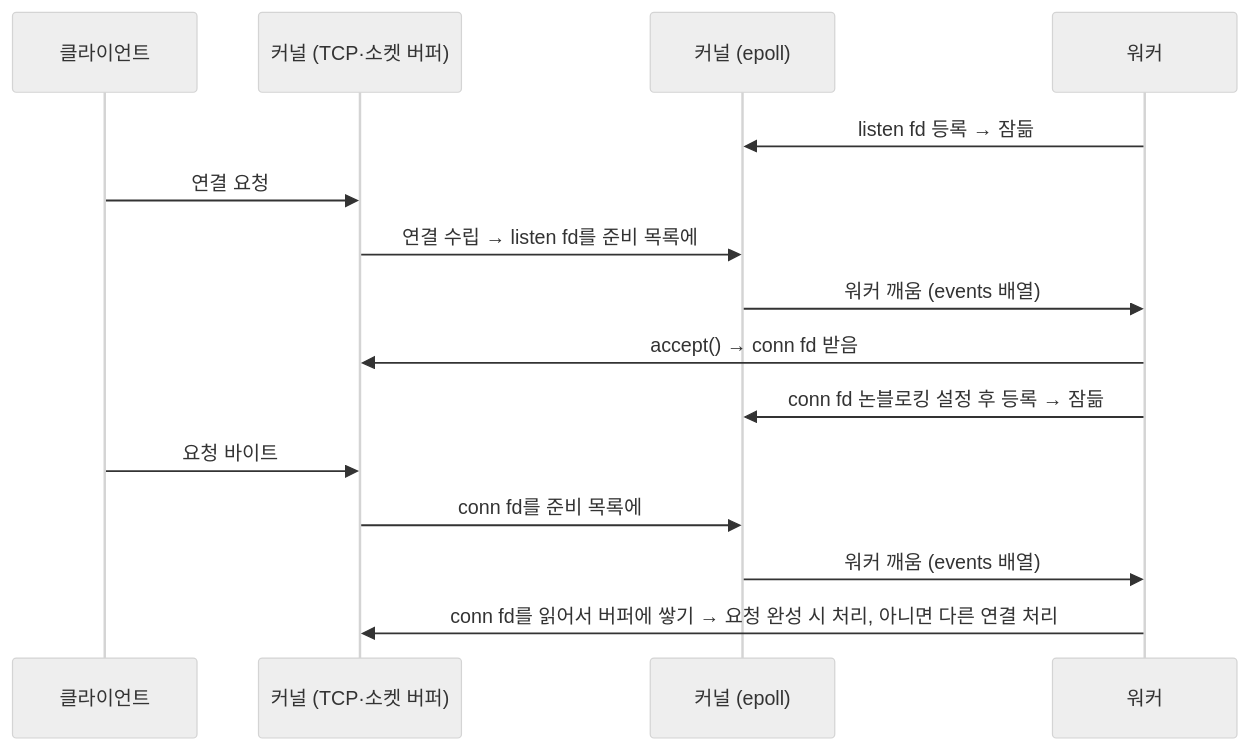
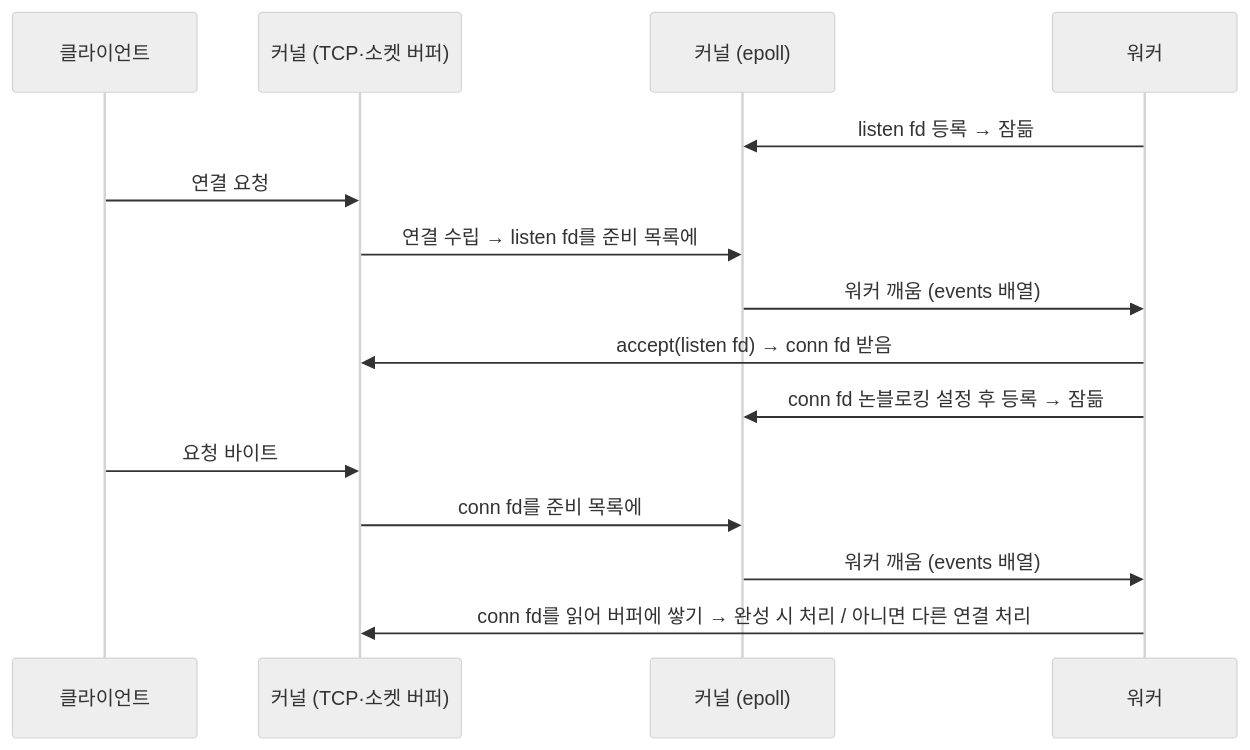
The first of 2 diagrams in README.md (choimoohun/SW-AI-W13-Web-Server), drawn with Mermaid (neutral theme) before and after one commit.

````diff
--- a/README.md
+++ b/README.md
@@ -43,20 +43,20 @@
 ```mermaid
 sequenceDiagram
     participant C as 클라이언트
     participant K as 커널 (TCP·소켓 버퍼)
     participant E as 커널 (epoll)
     participant W as 워커
 
     W->>E: listen fd 등록 → 잠듦
 
     C->>K: 연결 요청
     K->>E: 연결 수립 → listen fd를 준비 목록에
     E->>W: 워커 깨움 (events 배열)
-    W->>K: accept() → conn fd 받음
+    W->>K: accept(listen fd) → conn fd 받음
     W->>E: conn fd 논블로킹 설정 후 등록 → 잠듦
 
     C->>K: 요청 바이트
     K->>E: conn fd를 준비 목록에
     E->>W: 워커 깨움 (events 배열)
-    W->>K: conn fd를 읽어서 버퍼에 쌓기 → 요청 완성 시 처리, 아니면 다른 연결 처리
+    W->>K: conn fd를 읽어 버퍼에 쌓기 → 완성 시 처리 / 아니면 다른 연결 처리
 ```
````
